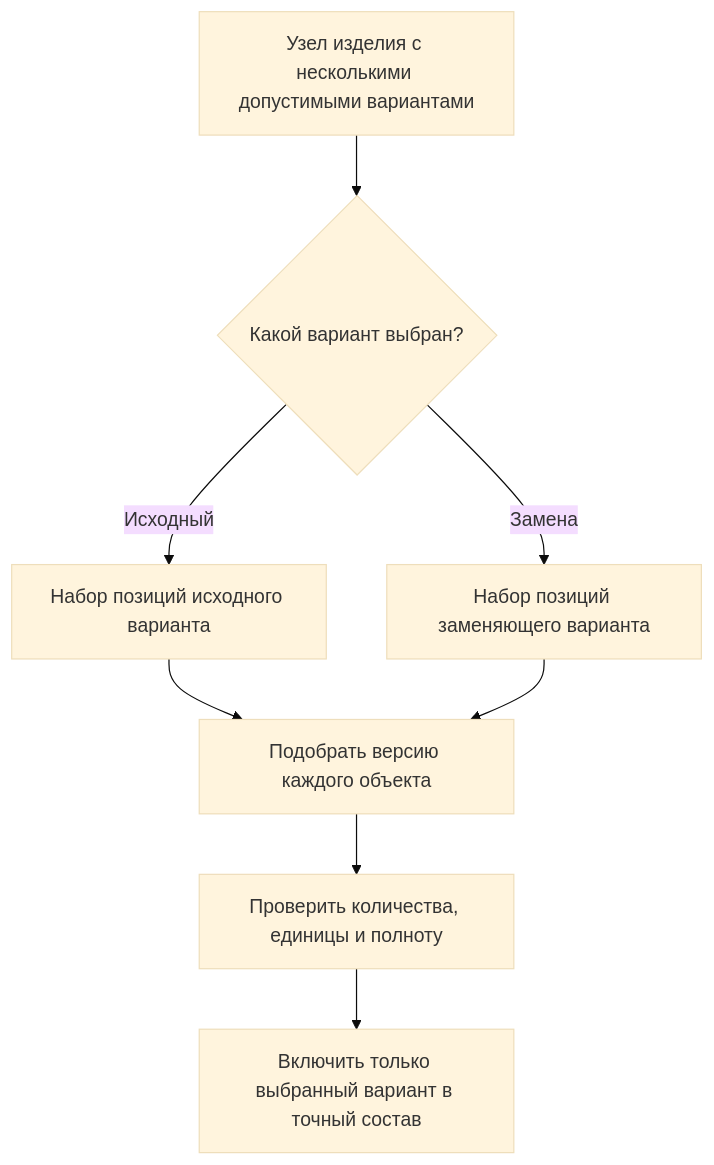
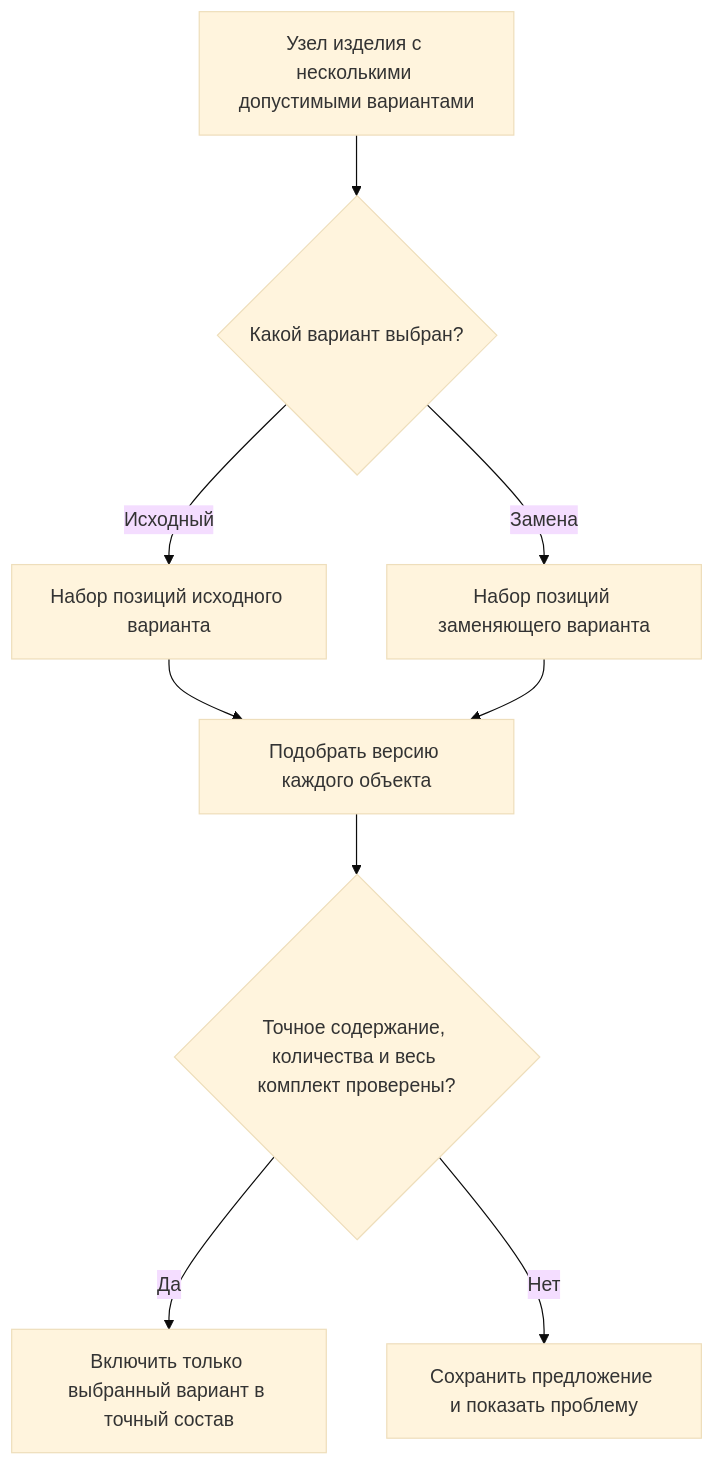
The diagram in wiki/Selection-group-substitution.md (ZelAnton/Interlink-product-book), drawn with Mermaid (base theme) before and after one commit. The commit also changed other lines of this file and 231 other files, not shown here.

````diff
--- a/wiki/Selection-group-substitution.md
+++ b/wiki/Selection-group-substitution.md
@@ -20,10 +22,11 @@
 ```mermaid
 flowchart TD
     A["Узел изделия с несколькими допустимыми вариантами"] --> B{"Какой вариант выбран?"}
     B -->|Исходный| C["Набор позиций исходного варианта"]
     B -->|Замена| D["Набор позиций заменяющего варианта"]
     C --> E["Подобрать версию каждого объекта"]
     D --> E
-    E --> F["Проверить количества, единицы и полноту"]
-    F --> G["Включить только выбранный вариант в точный состав"]
+    E --> F{"Точное содержание, количества и весь комплект проверены?"}
+    F -->|Да| G["Включить только выбранный вариант в точный состав"]
+    F -->|Нет| H["Сохранить предложение и показать проблему"]
 ```
````
